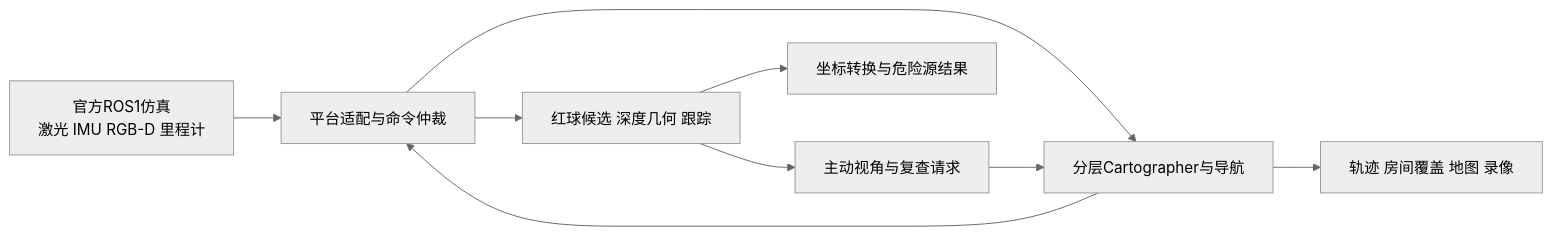
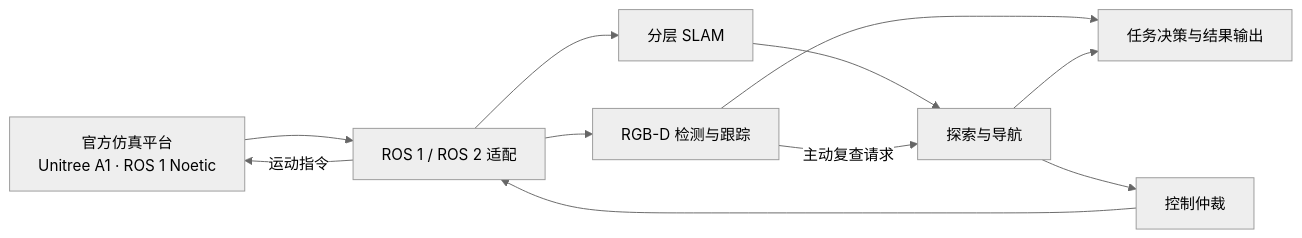
Before and after one commit to Snowed-night/HazardWalker: the diagram in README.md, drawn with Mermaid (neutral theme). The commit also changed other lines of this file and 2214 other files, not shown here.

````diff
--- a/README.md
+++ b/README.md
@@ -52,11 +24,13 @@
 ```mermaid
 flowchart LR
-  A[官方ROS1仿真\n激光 IMU RGB-D 里程计] --> B[平台适配与命令仲裁]
-  B --> C[分层Cartographer与导航]
-  B --> D[红球候选 深度几何 跟踪]
-  D --> E[主动视角与复查请求]
-  E --> C
-  C --> B
-  D --> F[坐标转换与危险源结果]
-  C --> G[轨迹 房间覆盖 地图 录像]
+    Sim[官方仿真平台\nUnitree A1 · ROS 1 Noetic] --> Bridge[ROS 1 / ROS 2 适配]
+    Bridge --> SLAM[分层 SLAM]
+    Bridge --> Vision[RGB-D 检测与跟踪]
+    SLAM --> Nav[探索与导航]
+    Vision -->|主动复查请求| Nav
+    Vision --> Decision[任务决策与结果输出]
+    Nav --> Decision
+    Nav --> Mux[控制仲裁]
+    Mux --> Bridge
+    Bridge -->|运动指令| Sim
 ```
````
